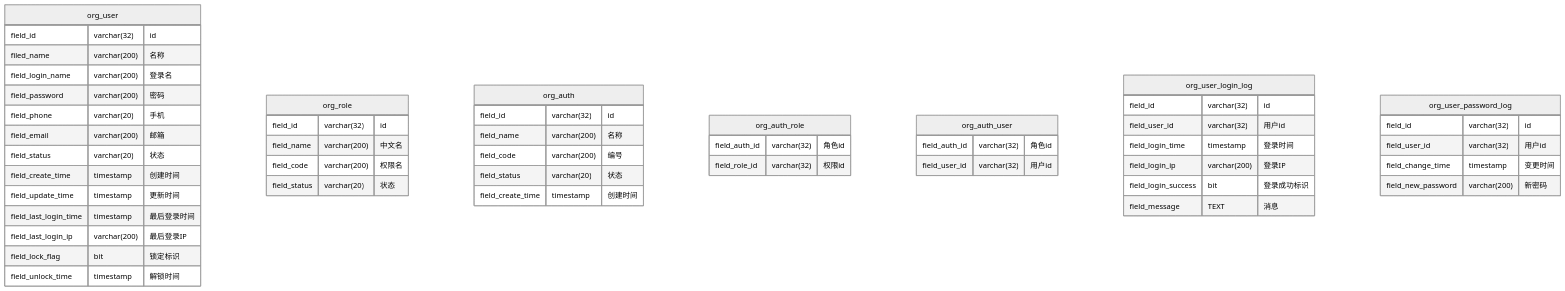
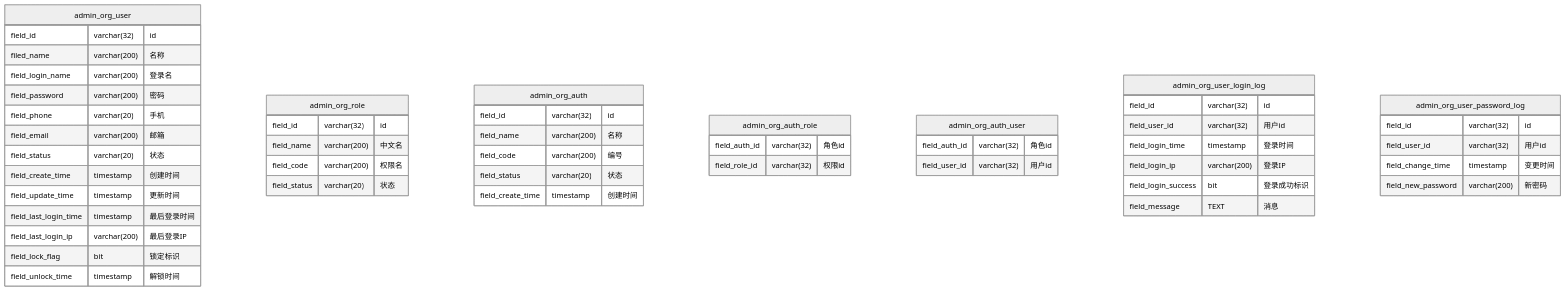
Before and after one commit to EricChoiXC/EricGameWiki: the diagram in docs/admin/用户和权限管理.md, drawn with Mermaid (neutral theme). The commit also changed other lines of this file and 91 other files, not shown here.

````diff
--- a/docs/admin/用户和权限管理.md
+++ b/docs/admin/用户和权限管理.md
@@ -7,60 +7,60 @@
 ```mermaid
 erDiagram
 %%  用户
-    org_user {
+    admin_org_user {
         field_id varchar(32) "id"
         filed_name varchar(200) "名称"
         field_login_name varchar(200) "登录名"
         field_password varchar(200) "密码"
         field_phone varchar(20) "手机"
         field_email varchar(200) "邮箱"
         field_status varchar(20) "状态"
         field_create_time timestamp "创建时间"
         field_update_time timestamp "更新时间"
         field_last_login_time timestamp "最后登录时间"
         field_last_login_ip varchar(200) "最后登录IP"
         field_lock_flag bit "锁定标识"
         field_unlock_time timestamp "解锁时间"
     }
 %%  权限
-    org_role {
+    admin_org_role {
         field_id varchar(32) "id"
         field_name varchar(200) "中文名"
         field_code varchar(200) "权限名"
         field_status varchar(20) "状态"
     }
 %%  角色
-    org_auth {
+    admin_org_auth {
         field_id varchar(32) "id"
         field_name varchar(200) "名称"
         field_code varchar(200) "编号"
         field_status varchar(20) "状态"
         field_create_time timestamp "创建时间"
     }
 %%  角色分配权限
-    org_auth_role {
+    admin_org_auth_role {
         field_auth_id varchar(32) "角色id"
         field_role_id varchar(32) "权限id"
     }
 %%  角色分配用户
-    org_auth_user {
+    admin_org_auth_user {
         field_auth_id varchar(32) "角色id"
         field_user_id varchar(32) "用户id"
     }
 %%  用户登录记录
-    org_user_login_log {
+    admin_org_user_login_log {
         field_id varchar(32) "id"
         field_user_id varchar(32) "用户id"
         field_login_time timestamp "登录时间"
         field_login_ip varchar(200) "登录IP"
         field_login_success bit "登录成功标识"
         field_message TEXT "消息"
     }
 %%  用户密码变更记录
-    org_user_password_log {
+    admin_org_user_password_log {
         field_id varchar(32) "id"
         field_user_id varchar(32) "用户id"
         field_change_time timestamp "变更时间"
         field_new_password varchar(200) "新密码"
     }
 ```
````
